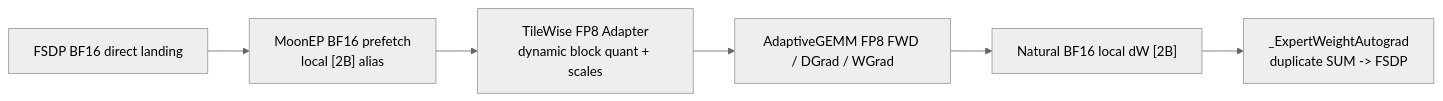
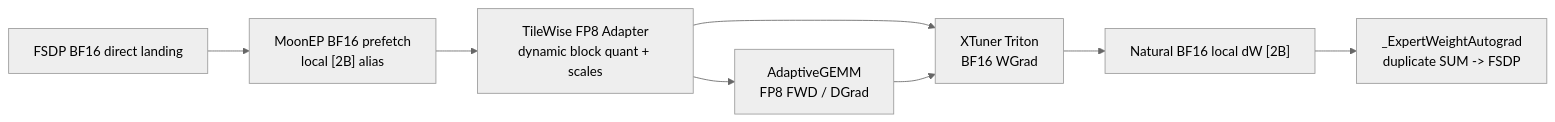
Before and after one commit to jayhenry/xtuner: the fourth of 9 diagrams in xtuner_ep_extend.md, drawn with Mermaid (neutral theme). The commit also changed other lines of this file and 17 other files, not shown here.

````diff
--- a/xtuner_ep_extend.md
+++ b/xtuner_ep_extend.md
@@ -127,8 +127,10 @@
 ```mermaid
 flowchart LR
     A["FSDP BF16 direct landing"] --> B["MoonEP BF16 prefetch<br/>local [2B] alias"]
     B --> C["TileWise FP8 Adapter<br/>dynamic block quant + scales"]
-    C --> D["AdaptiveGEMM FP8 FWD / DGrad / WGrad"]
-    D --> E["Natural BF16 local dW [2B]"]
-    E --> F["_ExpertWeightAutograd<br/>duplicate SUM -> FSDP"]
+    C --> D["AdaptiveGEMM<br/>FP8 FWD / DGrad"]
+    C --> E["XTuner Triton<br/>BF16 WGrad"]
+    D --> E
+    E --> F["Natural BF16 local dW [2B]"]
+    F --> G["_ExpertWeightAutograd<br/>duplicate SUM -> FSDP"]
 ```
````
